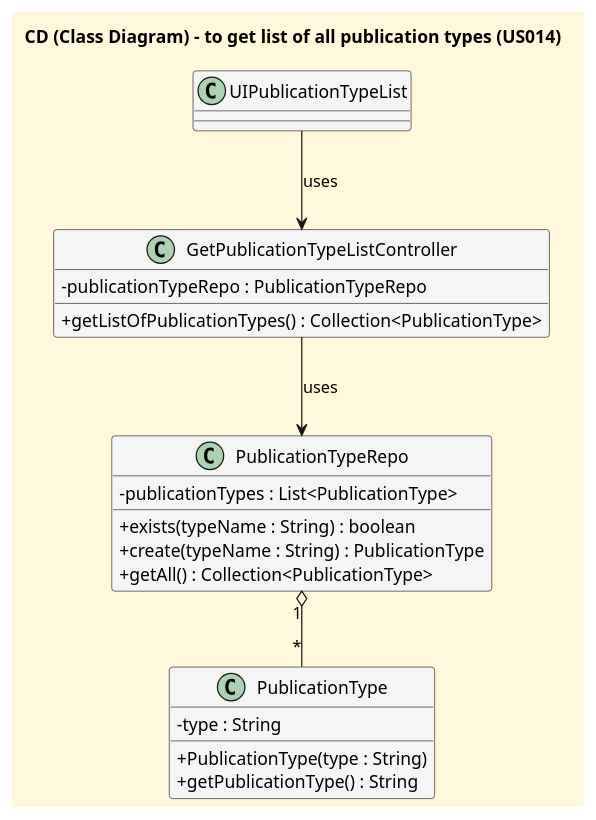
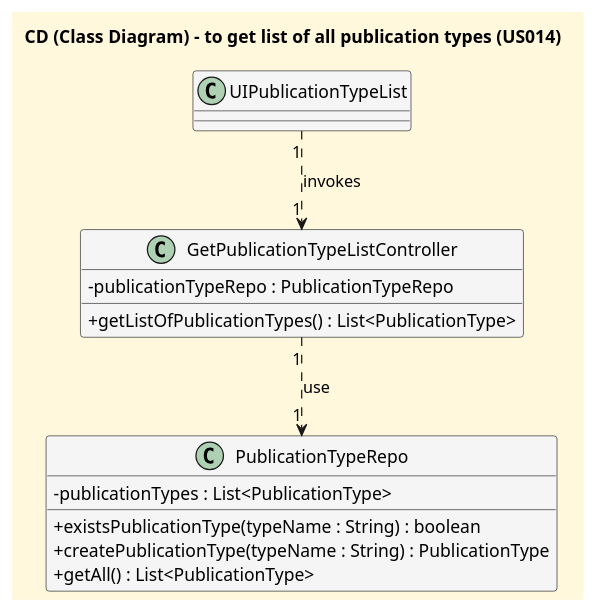
Before and after one commit to CarolinaLeite-collab/JavaMarketplacePlatform: the diagram in docs/userStories/US014/US014_get_all_publication_types_CD.puml, drawn with PlantUML.

Commit message:
#176 Changes for the CD to be more representitive of the class code

```diff
--- a/docs/userStories/US014/US014_get_all_publication_types_CD.puml
+++ b/docs/userStories/US014/US014_get_all_publication_types_CD.puml
@@ -1,37 +1,30 @@
 @startuml
 
 title CD (Class Diagram) - to get list of all publication types (US014)
 
 skinparam monochrome false
 skinparam shadowing false
 skinparam defaultFontName Futura
 skinparam backgroundColor CornSilk
 skinparam classBackgroundColor WhiteSmoke
 skinparam classAttributeIconSize 0
 
 class UIPublicationTypeList {
 }
 
 class GetPublicationTypeListController {
     - publicationTypeRepo : PublicationTypeRepo
-    + getListOfPublicationTypes() : Collection<PublicationType>
+    + getListOfPublicationTypes() : List<PublicationType>
 }
 
 class PublicationTypeRepo {
     - publicationTypes : List<PublicationType>
-    + exists(typeName : String) : boolean
-    + create(typeName : String) : PublicationType
-    + getAll() : Collection<PublicationType>
+    + existsPublicationType(typeName : String) : boolean
+    + createPublicationType(typeName : String) : PublicationType
+    + getAll() : List<PublicationType>
 }
 
-class PublicationType {
-    - type : String
-    + PublicationType(type : String)
-    + getPublicationType() : String
-}
-
-UIPublicationTypeList --> GetPublicationTypeListController : uses
-GetPublicationTypeListController --> PublicationTypeRepo : uses
-PublicationTypeRepo "1" o-- "*" PublicationType
+UIPublicationTypeList "1" ..> "1" GetPublicationTypeListController : invokes
+GetPublicationTypeListController "1" ..> "1" PublicationTypeRepo : use
 
 @enduml
```
